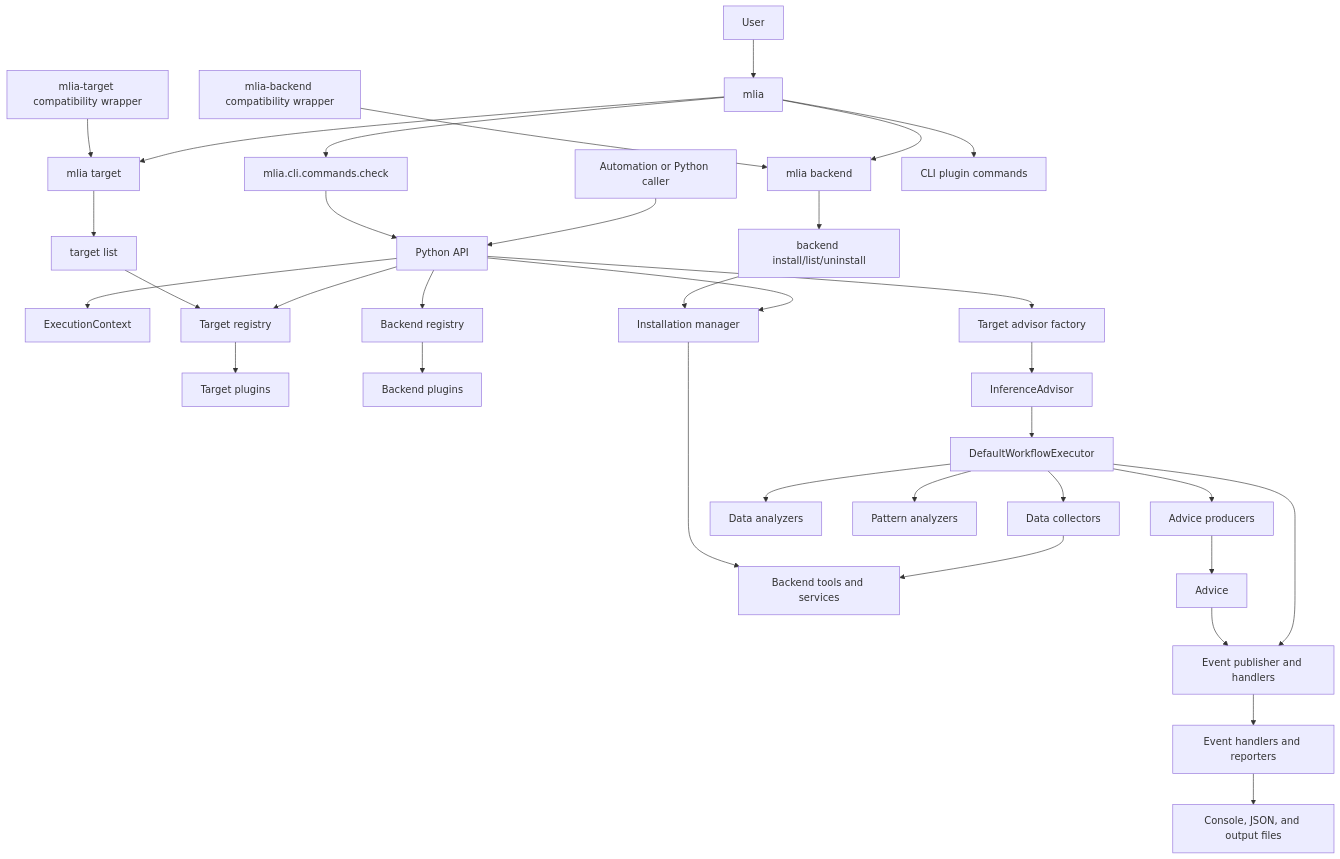
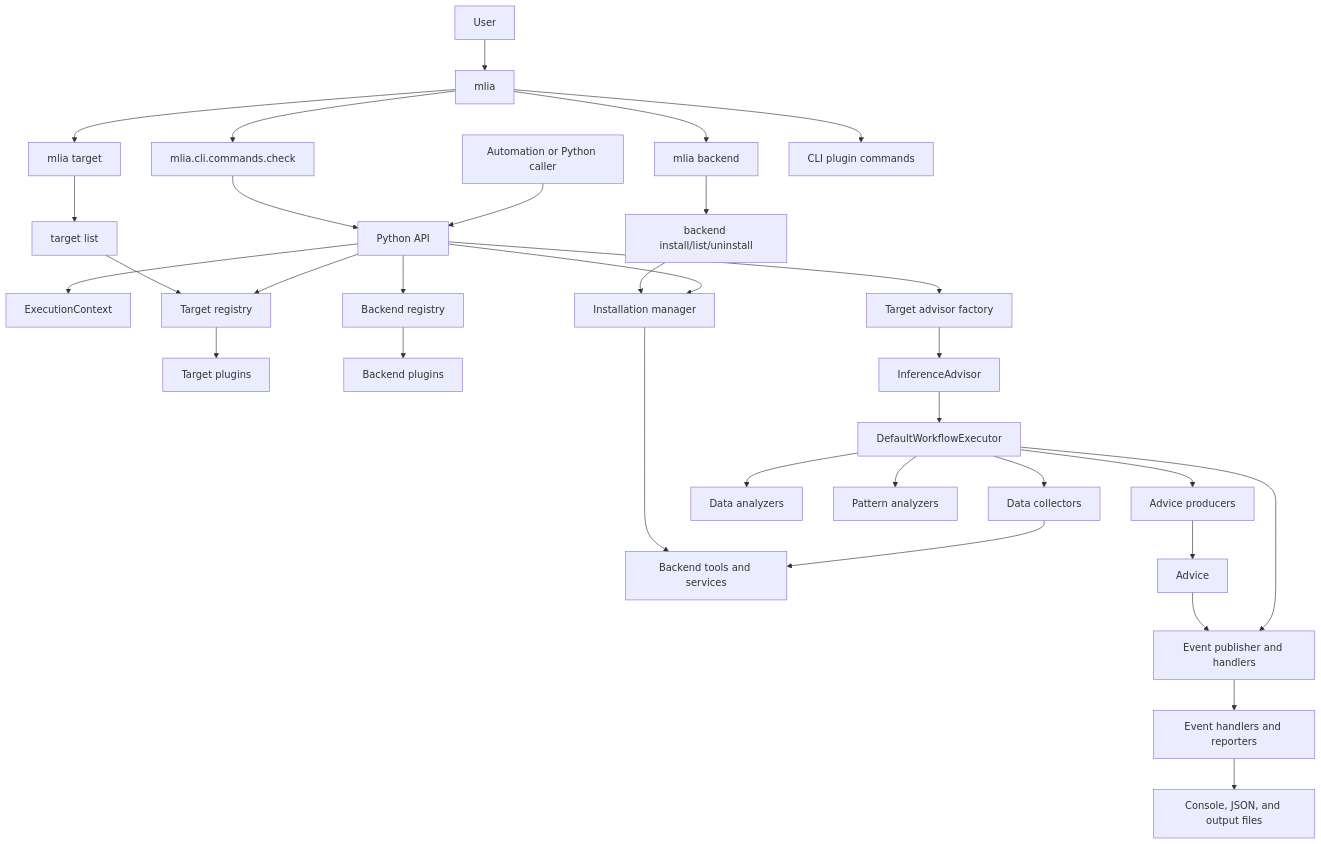
The diagram in docs/source/high_level_architecture.md (arm/mlia), drawn with Mermaid before and after one commit. The commit also changed other lines of this file and 6 other files, not shown here.

````diff
--- a/docs/source/high_level_architecture.md
+++ b/docs/source/high_level_architecture.md
@@ -19,42 +19,40 @@
 ```mermaid
 graph TD
     user[User] --> mainCli[mlia]
     automation[Automation or Python caller] --> api[Python API]
 
     mainCli --> checkCommand[mlia.cli.commands.check]
     mainCli --> backendCli[mlia backend]
     mainCli --> targetCli[mlia target]
     mainCli --> cliPlugins[CLI plugin commands]
-    legacyBackend[mlia-backend compatibility wrapper] --> backendCli
-    legacyTarget[mlia-target compatibility wrapper] --> targetCli
     checkCommand --> api
 
     backendCli --> backendCommands[backend install/list/uninstall]
     targetCli --> targetCommands[target list]
 
     api --> context[ExecutionContext]
     api --> targetRegistry[Target registry]
     api --> backendRegistry[Backend registry]
     api --> backendManager[Installation manager]
     api --> advisorFactory[Target advisor factory]
 
     targetRegistry --> targetPlugins[Target plugins]
     backendRegistry --> backendPlugins[Backend plugins]
     advisorFactory --> advisor[InferenceAdvisor]
 
     advisor --> workflow[DefaultWorkflowExecutor]
     workflow --> collectors[Data collectors]
     workflow --> analyzers[Data analyzers]
     workflow --> patterns[Pattern analyzers]
     workflow --> producers[Advice producers]
     workflow --> events[Event publisher and handlers]
 
     collectors --> backends[Backend tools and services]
     backendManager --> backends
     backendCommands --> backendManager
     targetCommands --> targetRegistry
     producers --> advice[Advice]
     advice --> events
     events --> handlers[Event handlers and reporters]
     handlers --> reports[Console, JSON, and output files]
 ```
````
